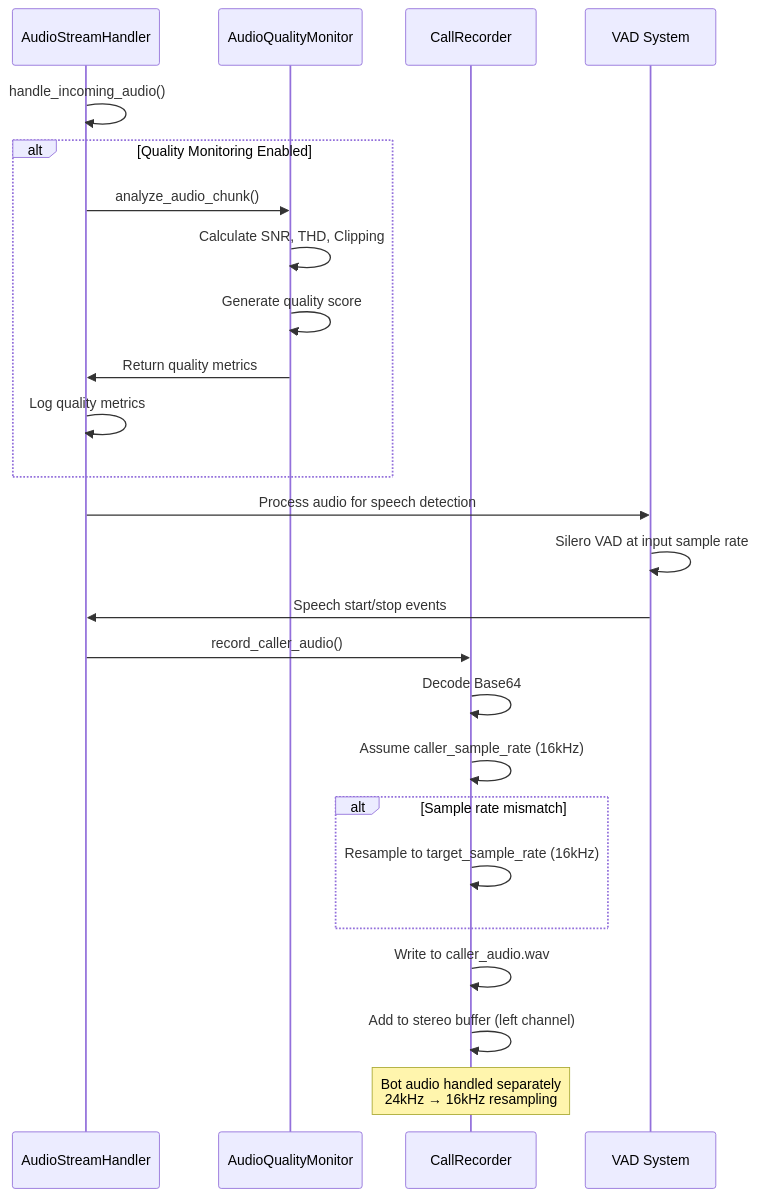
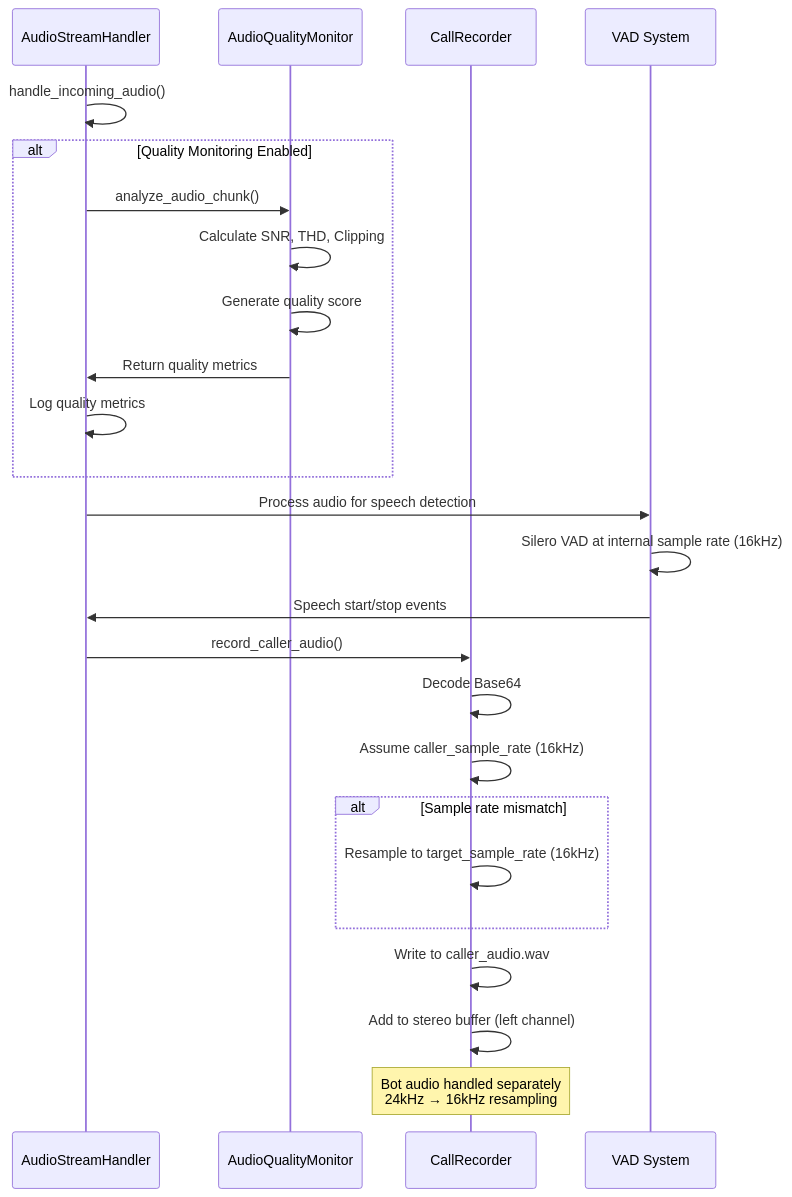
One commit to csmangum/opusagent changed the eighth of 8 diagrams in docs/audio_technical_implementation.md. Above: the diagram before and after it, drawn with Mermaid. The commit also changed other lines of this file and 2 other files, not shown here.

First line of the commit message:
Consolidate audio format flow analysis and technical implementation documentation

````diff
--- a/docs/audio_technical_implementation.md
+++ b/docs/audio_technical_implementation.md
@@ -118,32 +273,32 @@
 ```mermaid
 sequenceDiagram
     participant ASH as AudioStreamHandler
     participant AQM as AudioQualityMonitor
     participant CR as CallRecorder
     participant VAD as VAD System
     
     ASH->>ASH: handle_incoming_audio()
     
     alt Quality Monitoring Enabled
         ASH->>AQM: analyze_audio_chunk()
         AQM->>AQM: Calculate SNR, THD, Clipping
         AQM->>AQM: Generate quality score
         AQM->>ASH: Return quality metrics
         ASH->>ASH: Log quality metrics
     end
     
     ASH->>VAD: Process audio for speech detection
-    VAD->>VAD: Silero VAD at input sample rate
+    VAD->>VAD: Silero VAD at internal sample rate (16kHz)
     VAD->>ASH: Speech start/stop events
     
     ASH->>CR: record_caller_audio()
     CR->>CR: Decode Base64
     CR->>CR: Assume caller_sample_rate (16kHz)
     alt Sample rate mismatch
         CR->>CR: Resample to target_sample_rate (16kHz)
     end
     CR->>CR: Write to caller_audio.wav
     CR->>CR: Add to stereo buffer (left channel)
     
     Note over CR: Bot audio handled separately<br/>24kHz → 16kHz resampling
 ```
````
